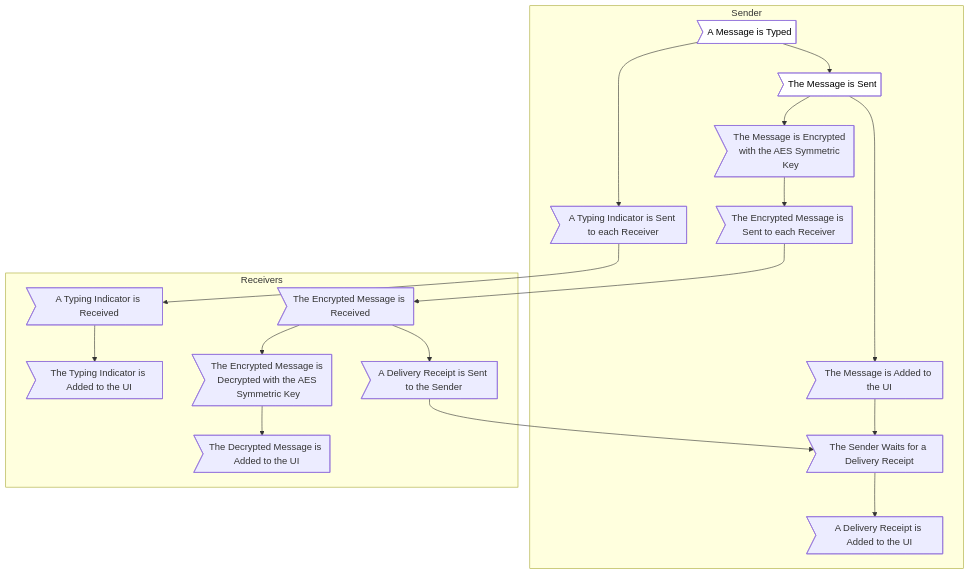
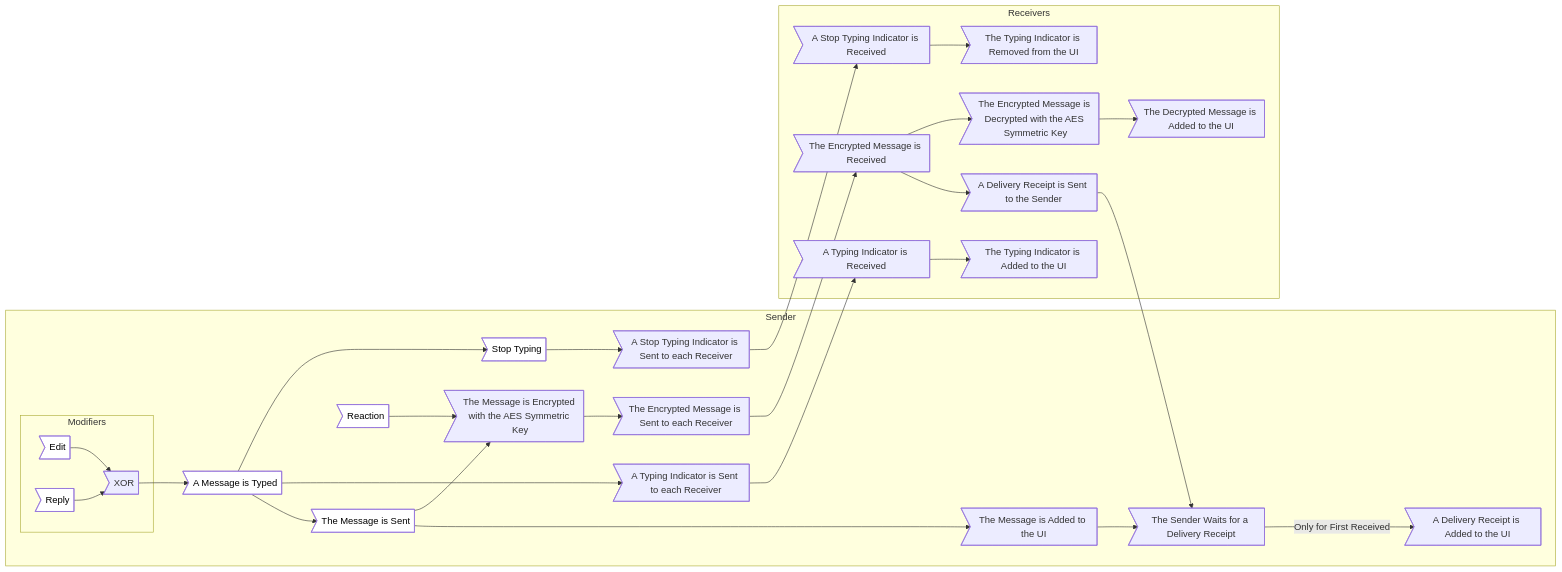
Before and after one commit to xXCrash2BomberXx/TinyChat: the fourth of 4 diagrams in README.md, drawn with Mermaid. The commit also changed other lines of this file and 8 other files, not shown here.

````diff
--- a/README.md
+++ b/README.md
@@ -189,28 +271,35 @@
 ```mermaid
-graph TB;
-    subgraph "Receivers"
-    C;
+graph LR;
+  subgraph "Sender"
+    subgraph "Modifiers"
+      P>Edit] --> O;
+      Q>Reply] --> O;
     end
-  subgraph "Sender"
+    O>XOR] --> A;
     A>A Message is Typed];
+    A --> S>Stop Typing];
+    S --> T>A Stop Typing Indicator is Sent to each Receiver];
     A --> B>A Typing Indicator is Sent to each Receiver];
-    B --> C;
     A --> E>The Message is Sent];
     E --> F>The Message is Encrypted with the AES Symmetric Key];
+    R>Reaction] --> F;
     F --> G>The Encrypted Message is Sent to each Receiver];
     E --> L>The Message is Added to the UI];
     L --> M>The Sender Waits for a Delivery Receipt];
-    M --> N>A Delivery Receipt is Added to the UI];
+    M --> |Only for First Received| N>A Delivery Receipt is Added to the UI];
   end
   subgraph "Receivers"
-    C>A Typing Indicator is Received] --> D>The Typing Indicator is Added to the UI];
+    B --> C>A Typing Indicator is Received];
+    C --> D>The Typing Indicator is Added to the UI];
     G --> H>The Encrypted Message is Received];
     H --> I>The Encrypted Message is Decrypted with the AES Symmetric Key];
     I --> J>The Decrypted Message is Added to the UI];
     H --> K>A Delivery Receipt is Sent to the Sender];
     K --> M;
+    T --> U>A Stop Typing Indicator is Received];
+    U --> V>The Typing Indicator is Removed from the UI];
   end
 
   classDef user fill:#fff,color:#000
-  class A,E user;
+  class A,E,P,Q,R,S user;
 ```
````
